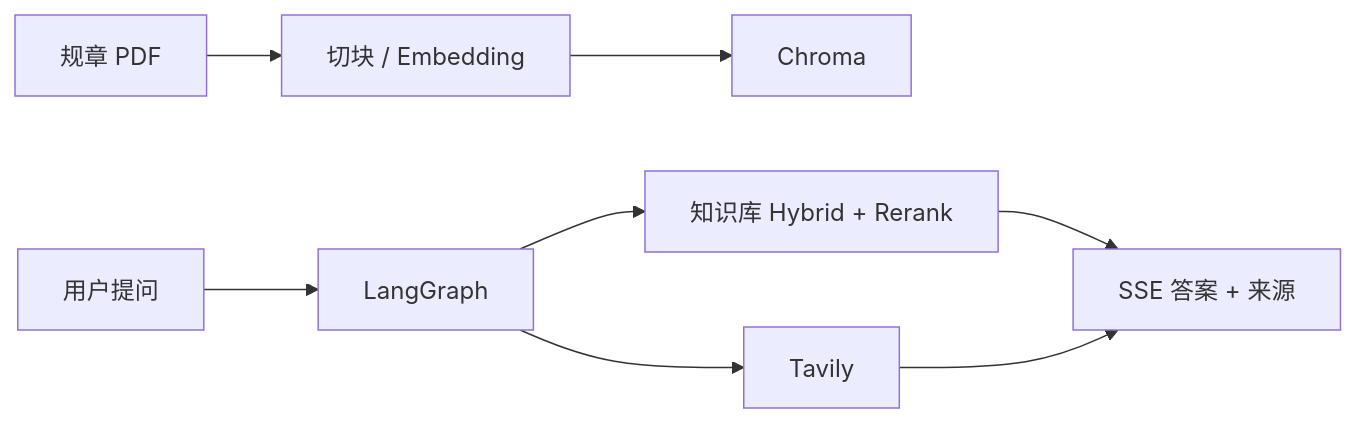
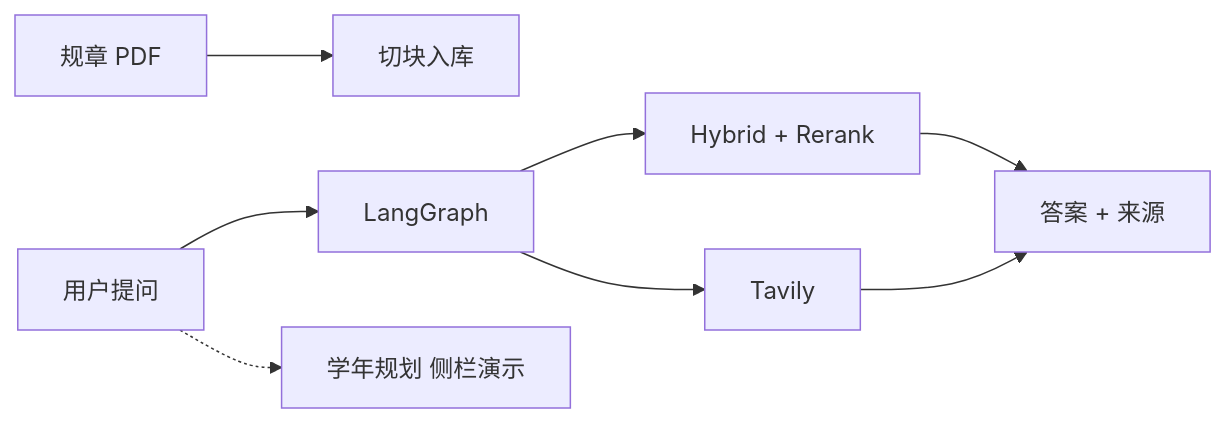
One commit to Fisho-w-o/Campus-Policy-Agent changed the diagram in README.md. Above: the diagram before and after it, drawn with Mermaid. The commit also changed other lines of this file, not shown here.

````diff
--- a/README.md
+++ b/README.md
@@ -64,10 +43,10 @@
 ```mermaid
 flowchart LR
-  PDF[规章 PDF] --> Ingest[切块 / Embedding]
-  Ingest --> Chroma[Chroma]
+  PDF[规章 PDF] --> Chroma[切块入库]
   Q[用户提问] --> Agent[LangGraph]
-  Agent --> KB[知识库 Hybrid + Rerank]
+  Agent --> KB[Hybrid + Rerank]
   Agent --> Web[Tavily]
-  KB --> SSE[SSE 答案 + 来源]
+  KB --> SSE[答案 + 来源]
   Web --> SSE
+  Q -.-> Plan[学年规划 侧栏演示]
 ```
````
